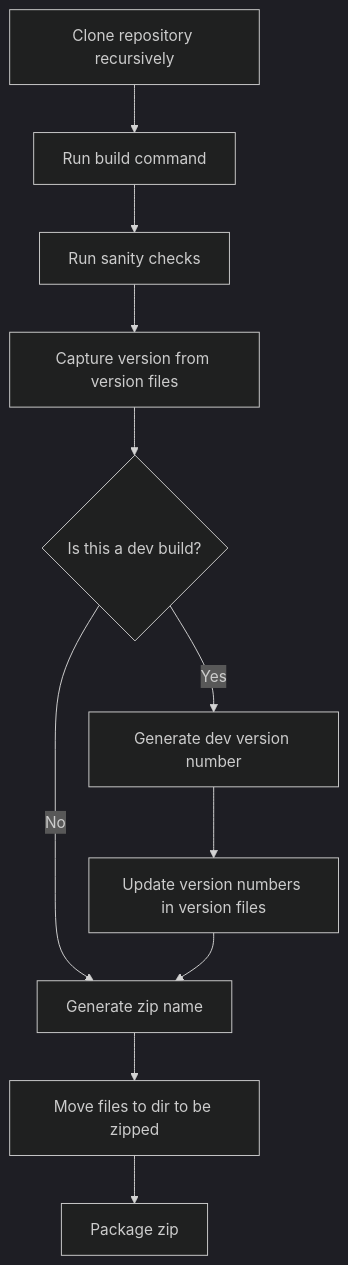
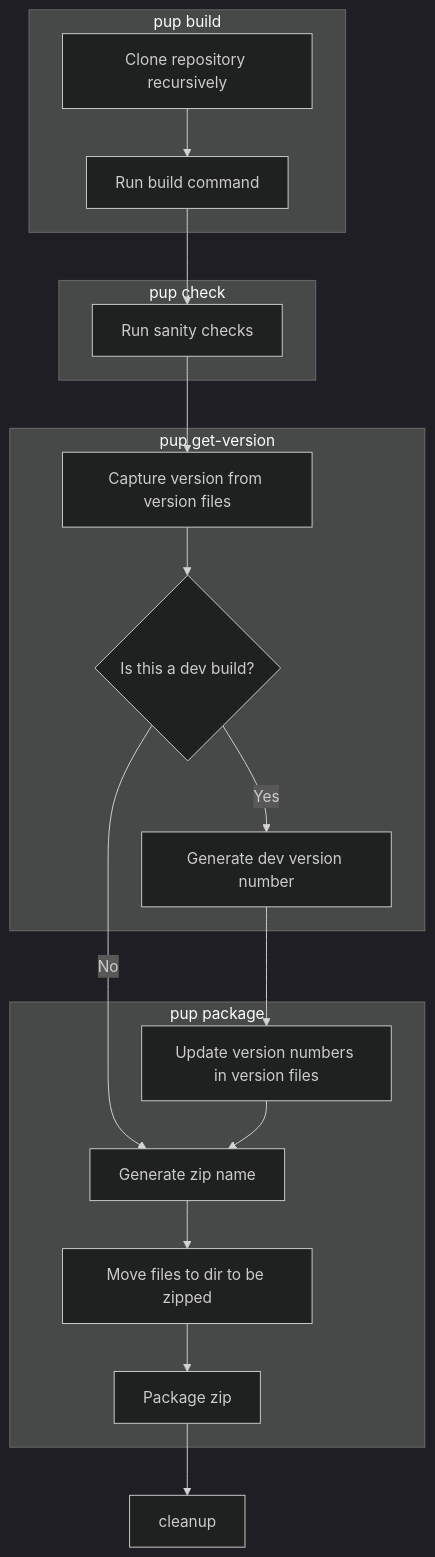
One commit to stellarwp/pup changed the diagram in docs/flow.md. Above: the diagram before and after it, drawn with Mermaid (dark theme).

Commit message:
Segment command flow into subcommands

````diff
--- a/docs/flow.md
+++ b/docs/flow.md
@@ -3,24 +3,33 @@
 ```mermaid
 flowchart TD
     clone[Clone repository recursively]
     build[Run build command]
     captureVersion[Capture version from version files]
     isDev{Is this a dev build?}
     generateDevVersion[Generate dev version number]
     updateVersionNumbers[Update version numbers in version files]
     generateZipName[Generate zip name]
     buildZipDir[Move files to dir to be zipped]
     runChecks[Run sanity checks]
     packageZip[Package zip]
     
+    subgraph pup build
     clone --> build
+    end
+    subgraph pup check
     build --> runChecks
+    end
+    subgraph pup get-version
     runChecks --> captureVersion
     captureVersion --> isDev
     isDev --> |Yes| generateDevVersion
+    end
+    subgraph pup package
+    generateDevVersion --> updateVersionNumbers
     isDev --> |No| generateZipName
-    generateDevVersion --> updateVersionNumbers
     updateVersionNumbers --> generateZipName
     generateZipName --> buildZipDir
     buildZipDir --> packageZip
+    end
+    packageZip --> cleanup
 ```
````
